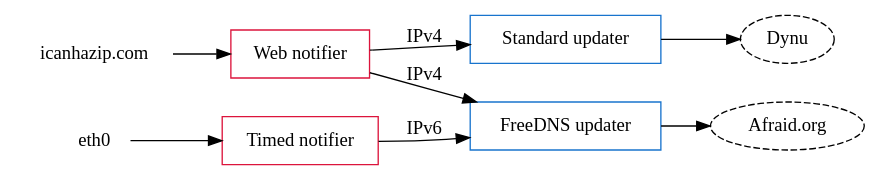
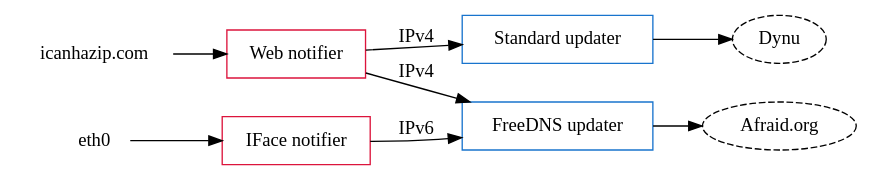
Before and after one commit to dominickpastore/ruddr: the diagram in docs/howitworks.rst, drawn with Graphviz. The commit also changed other lines of this file and 9 other files, not shown here.

```diff
--- a/docs/howitworks.rst
+++ b/docs/howitworks.rst
@@ -14,31 +14,31 @@
 .. graphviz::
     :alt: Example Config
 
     digraph "Example Config" {
         rankdir="LR";
 
         icanhazip [shape=plaintext,label="icanhazip.com"];
         eth0 [shape=plaintext];
 
         node [shape=box,color=crimson];
         notifier4 [label="Web notifier"]
-        notifier6 [label="Timed notifier"]
+        notifier6 [label="IFace notifier"]
 
         icanhazip -> notifier4;
         eth0 -> notifier6;
 
         node [shape=box,color=dodgerblue3];
         updater1 [label="Standard updater"]
         updater2 [label="FreeDNS updater"]
 
         edge [label="IPv4"];
         notifier4 -> updater1;
         notifier4 -> updater2;
         edge [label="IPv6"];
         notifier6 -> updater2;
 
         edge [label=""];
         node [shape=oval,style=dashed,color=black];
         updater1 -> "Dynu";
         updater2 -> "Afraid.org";
     }
```
